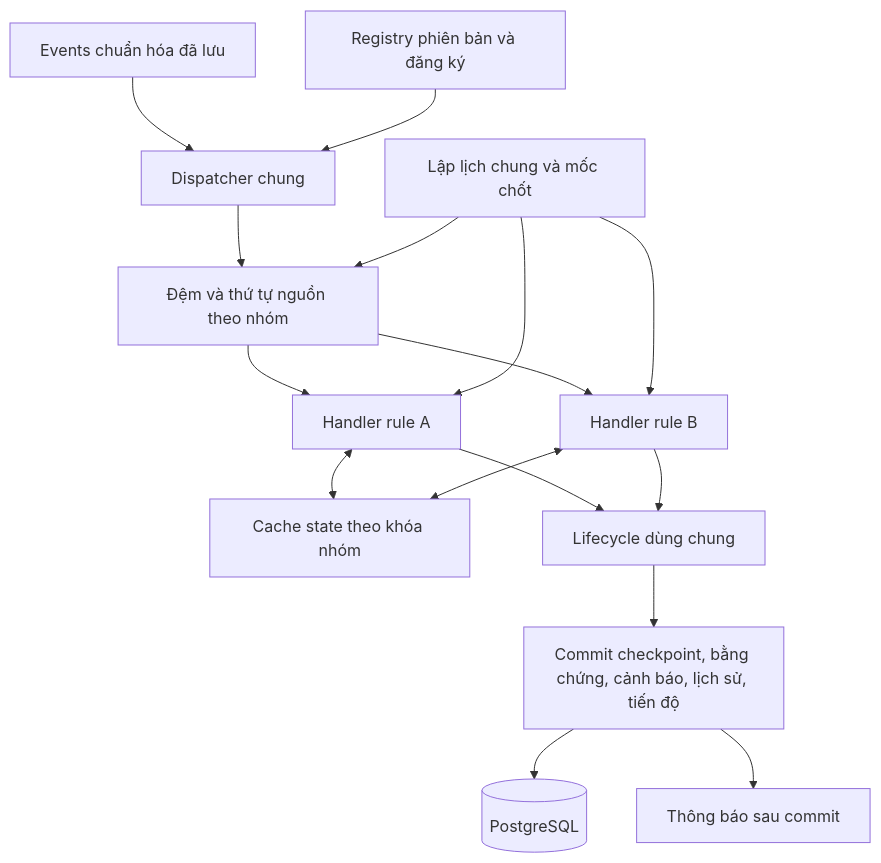
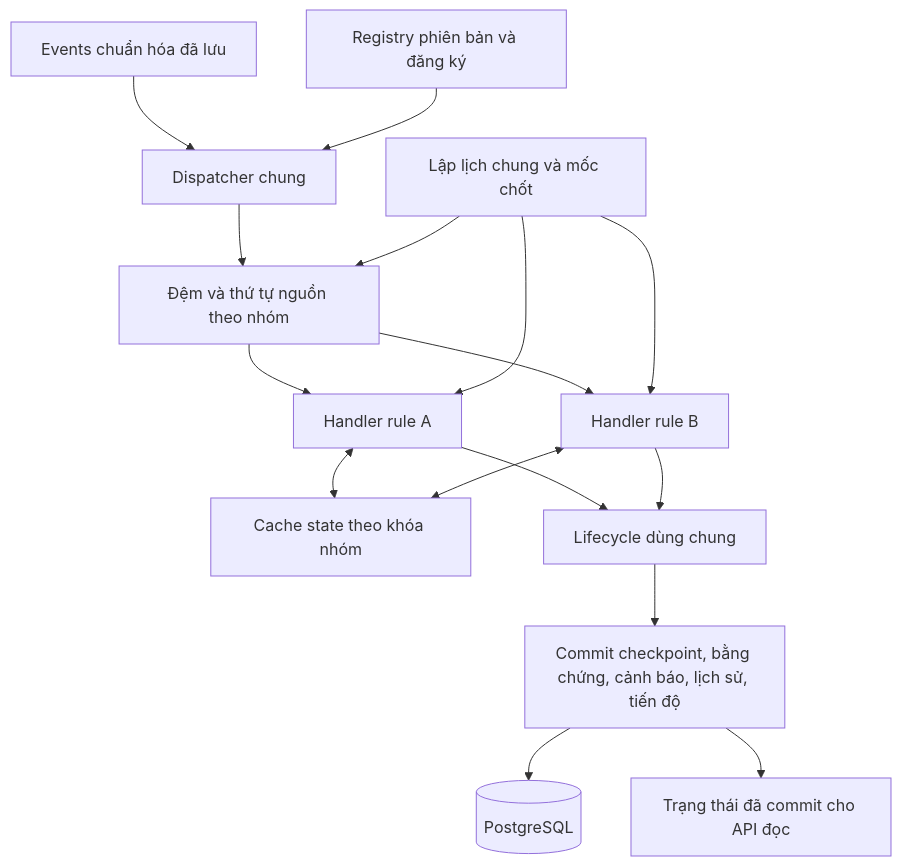
The diagram in docs/rule/003-rule-dispatch-correlation/engine-design.md (NhutIT-flu/telecom-alert-correlation-n42), drawn with Mermaid before and after one commit. The commit also changed other lines of this file and 14 other files, not shown here.

````diff
--- a/docs/rule/003-rule-dispatch-correlation/engine-design.md
+++ b/docs/rule/003-rule-dispatch-correlation/engine-design.md
@@ -17,18 +17,18 @@
 ```mermaid
 flowchart TD
     E[Events chuẩn hóa đã lưu] --> D[Dispatcher chung]
     R[Registry phiên bản và đăng ký] --> D
     D --> O[Đệm và thứ tự nguồn theo nhóm]
     O --> H1[Handler rule A]
     O --> H2[Handler rule B]
     T[Lập lịch chung và mốc chốt] --> O
     T --> H1
     T --> H2
     H1 <--> S[Cache state theo khóa nhóm]
     H2 <--> S
     H1 --> L[Lifecycle dùng chung]
     H2 --> L
     L --> C[Commit checkpoint, bằng chứng, cảnh báo, lịch sử, tiến độ]
     C --> P[(PostgreSQL)]
-    C --> N[Thông báo sau commit]
+    C --> N[Trạng thái đã commit cho API đọc]
 ```
````
